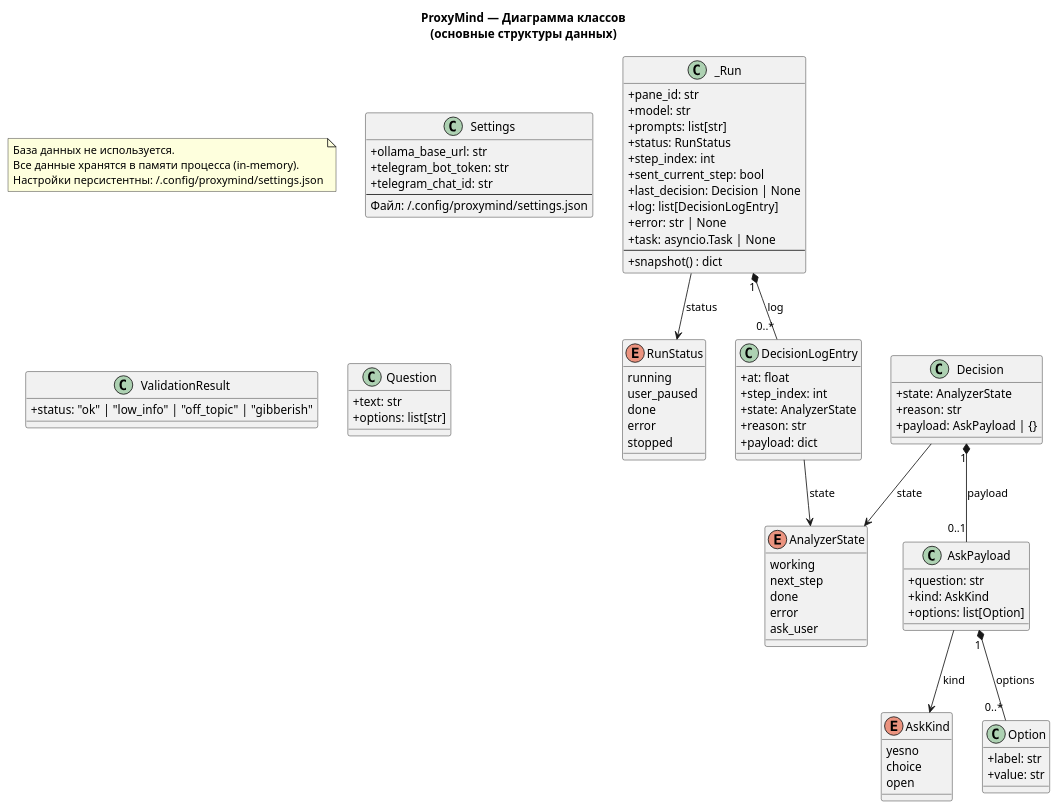
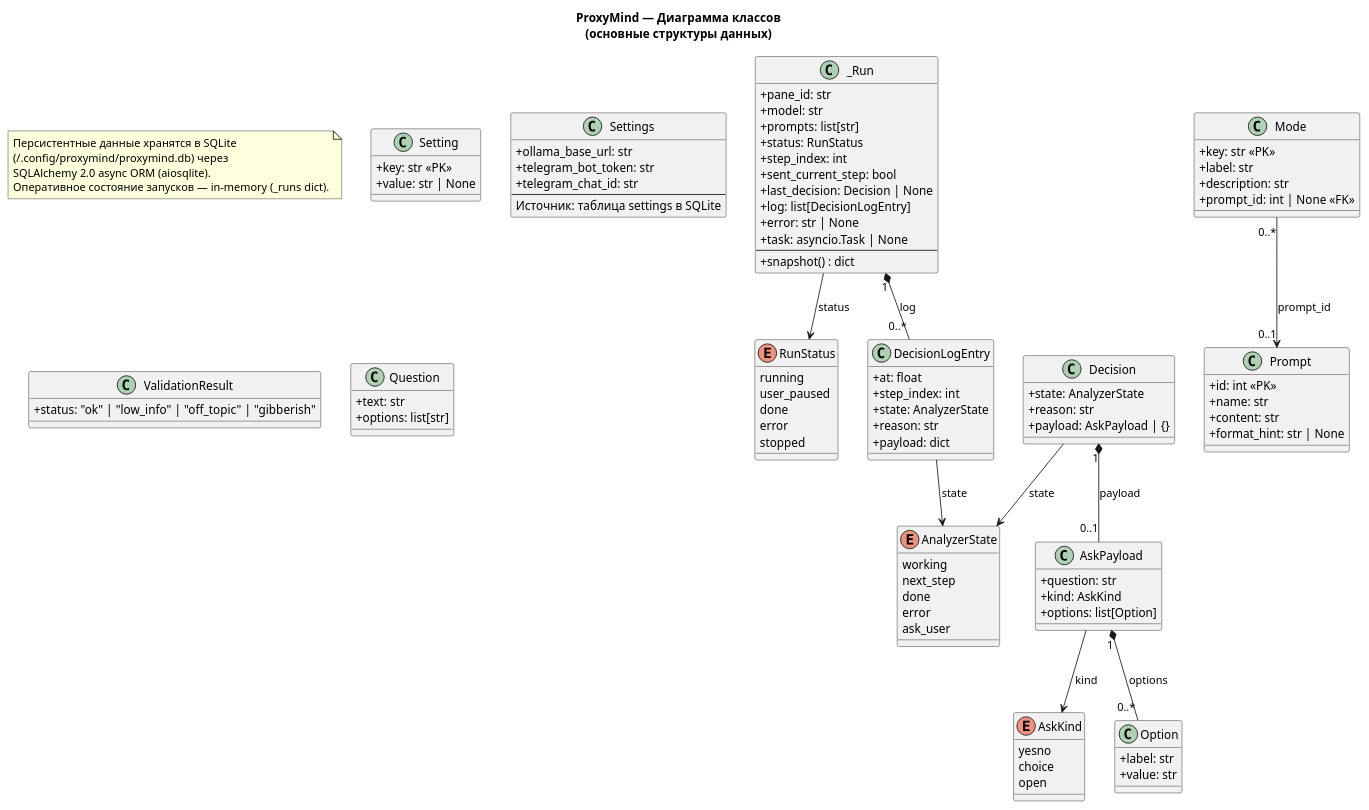
One commit to Zahar-Seliverstov/proxy-mind changed the diagram in docs/uml/04_classes.puml. Above: the diagram before and after it, drawn with PlantUML. The commit also changed 7 other files, not shown here.

First line of the commit message:
Лимиты контекста и параллелизма для Ollama, обновление UML-диаграмм

```diff
--- a/docs/uml/04_classes.puml
+++ b/docs/uml/04_classes.puml
@@ -1,99 +1,125 @@
 @startuml ProxyMind_Classes
 title ProxyMind — Диаграмма классов\n(основные структуры данных)
 
 skinparam defaultFontName Arial
 skinparam classAttributeIconSize 0
 
 note as N1
-  База данных не используется.
-  Все данные хранятся в памяти процесса (in-memory).
-  Настройки персистентны: ~/.config/proxymind/settings.json
+  Персистентные данные хранятся в SQLite
+  (~/.config/proxymind/proxymind.db) через
+  SQLAlchemy 2.0 async ORM (aiosqlite).
+  Оперативное состояние запусков — in-memory (_runs dict).
 end note
 
 class "_Run" as Run {
   + pane_id: str
   + model: str
   + prompts: list[str]
   + status: RunStatus
   + step_index: int
   + sent_current_step: bool
   + last_decision: Decision | None
   + log: list[DecisionLogEntry]
   + error: str | None
   + task: asyncio.Task | None
   --
   + snapshot() : dict
 }
 
 enum "RunStatus" as Status {
   running
   user_paused
   done
   error
   stopped
 }
 
 class "DecisionLogEntry" as LogEntry {
   + at: float
   + step_index: int
   + state: AnalyzerState
   + reason: str
   + payload: dict
 }
 
 enum "AnalyzerState" as AState {
   working
   next_step
   done
   error
   ask_user
 }
 
 class "Decision" as Dec {
   + state: AnalyzerState
   + reason: str
   + payload: AskPayload | {}
 }
 
 class "AskPayload" as AskP {
   + question: str
   + kind: AskKind
   + options: list[Option]
 }
 
 enum "AskKind" as Kind {
   yesno
   choice
   open
 }
 
 class "Option" as Opt {
   + label: str
   + value: str
 }
 
+' ── ORM-модели (SQLAlchemy, таблицы SQLite) ──────────────────────────────
+
+class "Prompt" as DBPrompt {
+  + id: int <<PK>>
+  + name: str
+  + content: str
+  + format_hint: str | None
+}
+
+class "Mode" as DBMode {
+  + key: str <<PK>>
+  + label: str
+  + description: str
+  + prompt_id: int | None <<FK>>
+}
+
+class "Setting" as DBSetting {
+  + key: str <<PK>>
+  + value: str | None
+}
+
+DBMode "0..*" --> "0..1" DBPrompt : prompt_id
+
+' ── Конфигурация в памяти ────────────────────────────────────────────────
+
 class "Settings" as Cfg {
   + ollama_base_url: str
   + telegram_bot_token: str
   + telegram_chat_id: str
   --
-  Файл: ~/.config/proxymind/settings.json
+  Источник: таблица settings в SQLite
 }
 
 class "ValidationResult" as ValR {
   + status: "ok" | "low_info" | "off_topic" | "gibberish"
 }
 
 class "Question" as Q {
   + text: str
   + options: list[str]
 }
 
 Run "1" *-- "0..*" LogEntry : log
 Run --> Status : status
 LogEntry --> AState : state
 Dec --> AState : state
 Dec "1" *-- "0..1" AskP : payload
 AskP --> Kind : kind
 AskP "1" *-- "0..*" Opt : options
 @enduml
```
